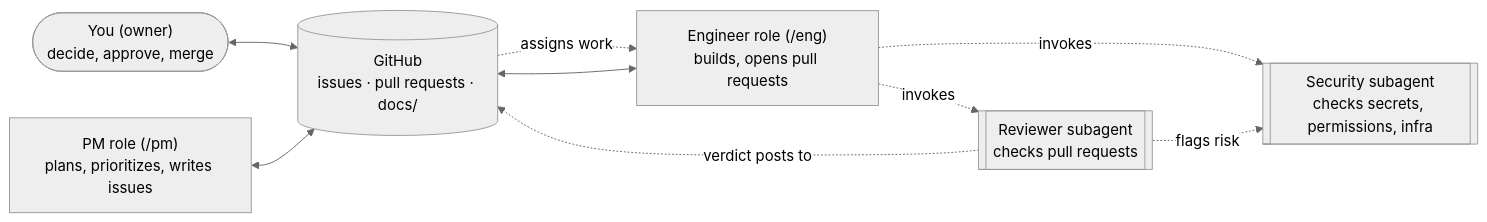
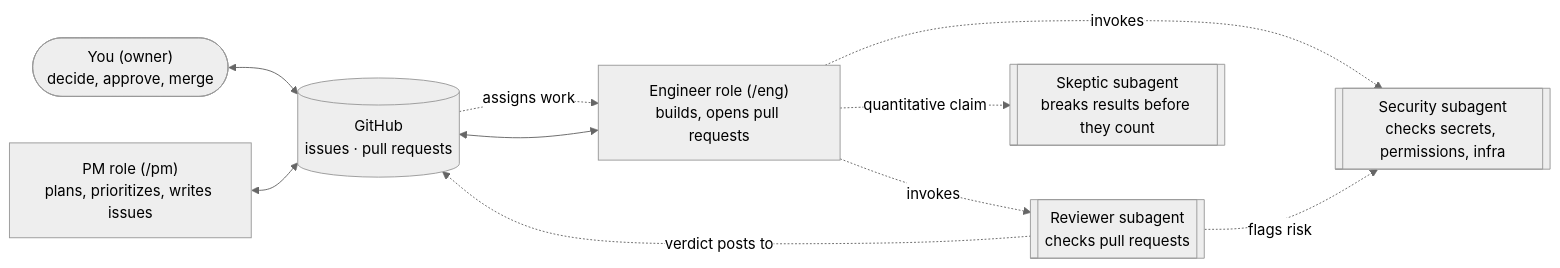
The diagram in handbook/index.md (manoochehri/semilla), drawn with Mermaid (neutral theme) before and after one commit. The commit also changed other lines of this file and 11 other files, not shown here.

````diff
--- a/handbook/index.md
+++ b/handbook/index.md
@@ -31,18 +51,20 @@
 ```mermaid
 flowchart LR
     Owner(["You (owner)<br/>decide, approve, merge"])
     PM["PM role (/pm)<br/>plans, prioritizes, writes issues"]
     Engineer["Engineer role (/eng)<br/>builds, opens pull requests"]
     Reviewer[["Reviewer subagent<br/>checks pull requests"]]
     Security[["Security subagent<br/>checks secrets, permissions, infra"]]
-    GitHub[("GitHub<br/>issues · pull requests · docs/")]
+    Skeptic[["Skeptic subagent<br/>breaks results before they count"]]
+    GitHub[("GitHub<br/>issues · pull requests")]
 
     Owner <--> GitHub
     PM <--> GitHub
     Engineer <--> GitHub
     GitHub -.->|assigns work| Engineer
     Engineer -.->|invokes| Reviewer
     Engineer -.->|invokes| Security
+    Engineer -.->|quantitative claim| Skeptic
     Reviewer -.->|verdict posts to| GitHub
     Reviewer -.->|flags risk| Security
 ```
````
